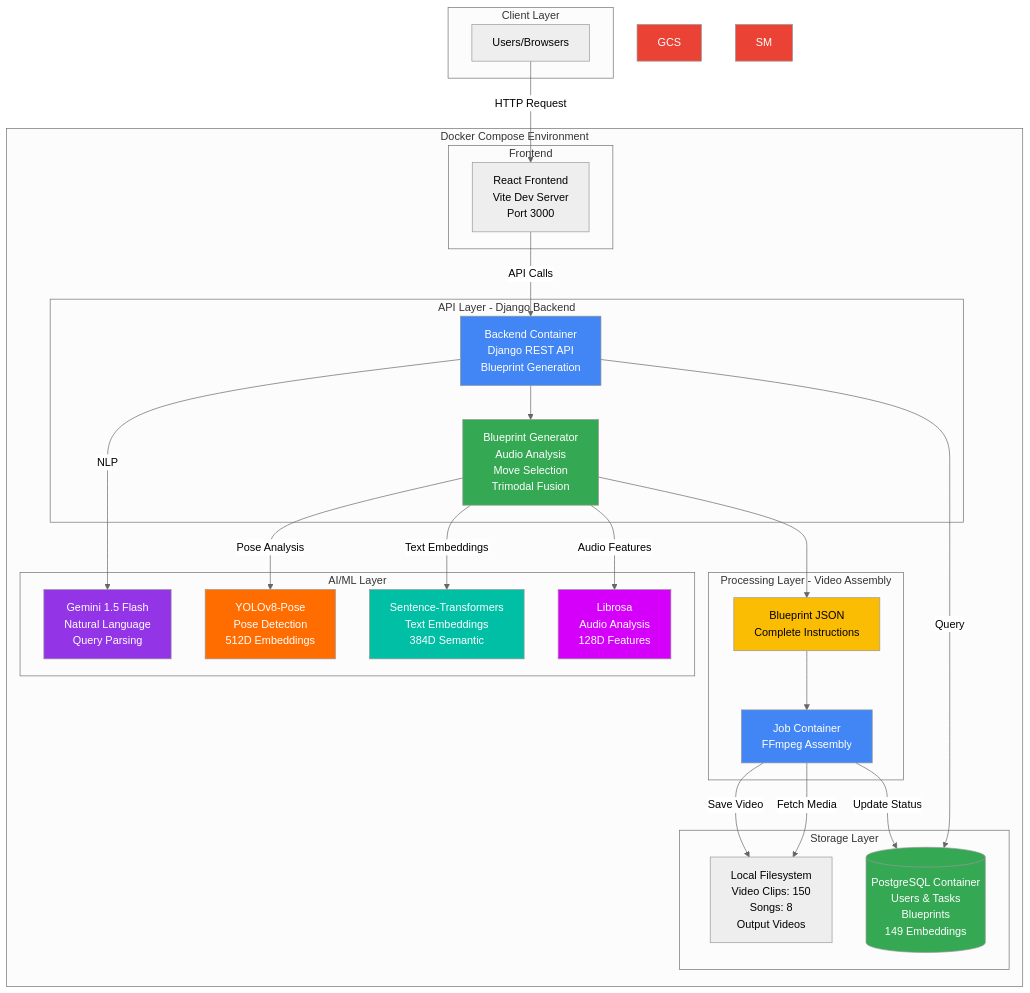
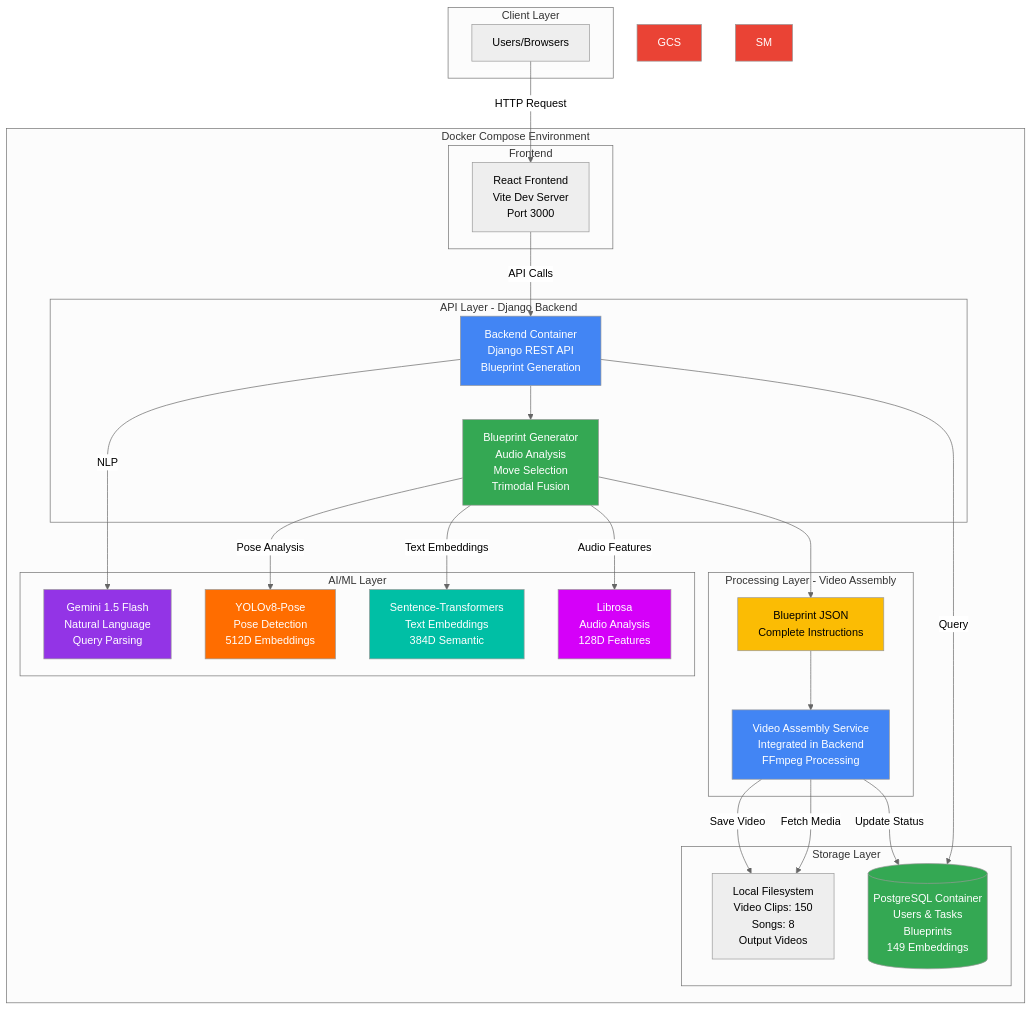
The second of 3 diagrams in README.md (erickrex/bachata_buddy), drawn with Mermaid (neutral theme) before and after one commit. The commit also changed other lines of this file and 44 other files, not shown here.

Commit message:
feat: fold back the video generation worker into 1 docker container

````diff
--- a/README.md
+++ b/README.md
@@ -1354,60 +1523,60 @@
 ```mermaid
 graph TB
     subgraph "Client Layer"
         U[Users/Browsers]
     end
     
     subgraph "Docker Compose Environment"
         subgraph "API Layer - Django Backend"
             API[Backend Container<br/>Django REST API<br/>Blueprint Generation]
             BG[Blueprint Generator<br/>Audio Analysis<br/>Move Selection<br/>Trimodal Fusion]
             API --> BG
         end
         
         subgraph "Processing Layer - Video Assembly"
-            JOB[Job Container<br/>FFmpeg Assembly]
+            VA[Video Assembly Service<br/>Integrated in Backend<br/>FFmpeg Processing]
             BP[Blueprint JSON<br/>Complete Instructions]
             BG --> BP
-            BP --> JOB
+            BP --> VA
         end
         
         subgraph "Storage Layer"
             FS[Local Filesystem<br/>Video Clips: 150<br/>Songs: 8<br/>Output Videos]
             SQL[(PostgreSQL Container<br/>Users & Tasks<br/>Blueprints<br/>149 Embeddings)]
         end
         
         subgraph "AI/ML Layer"
             GEMINI[Gemini 1.5 Flash<br/>Natural Language<br/>Query Parsing]
             YOLO[YOLOv8-Pose<br/>Pose Detection<br/>512D Embeddings]
             ST[Sentence-Transformers<br/>Text Embeddings<br/>384D Semantic]
             LIB[Librosa<br/>Audio Analysis<br/>128D Features]
         end
         
         subgraph "Frontend"
             FE[React Frontend<br/>Vite Dev Server<br/>Port 3000]
         end
     end
     
     U -->|HTTP Request| FE
     FE -->|API Calls| API
     API -->|Query| SQL
     API -->|NLP| GEMINI
     BG -->|Pose Analysis| YOLO
     BG -->|Text Embeddings| ST
     BG -->|Audio Features| LIB
-    JOB -->|Fetch Media| FS
-    JOB -->|Update Status| SQL
-    JOB -->|Save Video| FS
+    VA -->|Fetch Media| FS
+    VA -->|Update Status| SQL
+    VA -->|Save Video| FS
     
     style API fill:#4285f4,color:#fff
-    style JOB fill:#4285f4,color:#fff
+    style VA fill:#4285f4,color:#fff
     style BG fill:#34a853,color:#fff
     style BP fill:#fbbc04,color:#000
     style SQL fill:#34a853,color:#fff
     style GCS fill:#ea4335,color:#fff
     style GEMINI fill:#9334e6,color:#fff
     style YOLO fill:#ff6d00,color:#fff
     style ST fill:#00bfa5,color:#fff
     style LIB fill:#d500f9,color:#fff
     style SM fill:#ea4335,color:#fff
 ```
````
